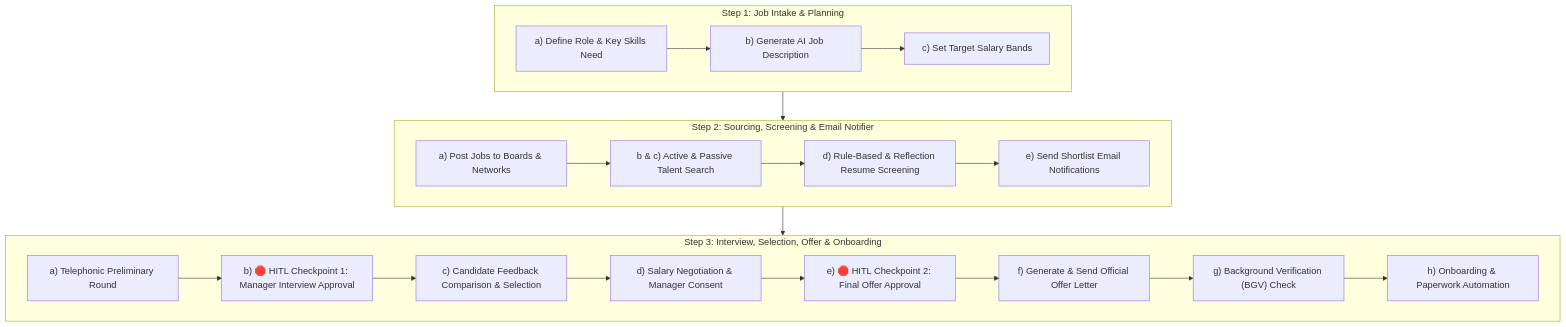
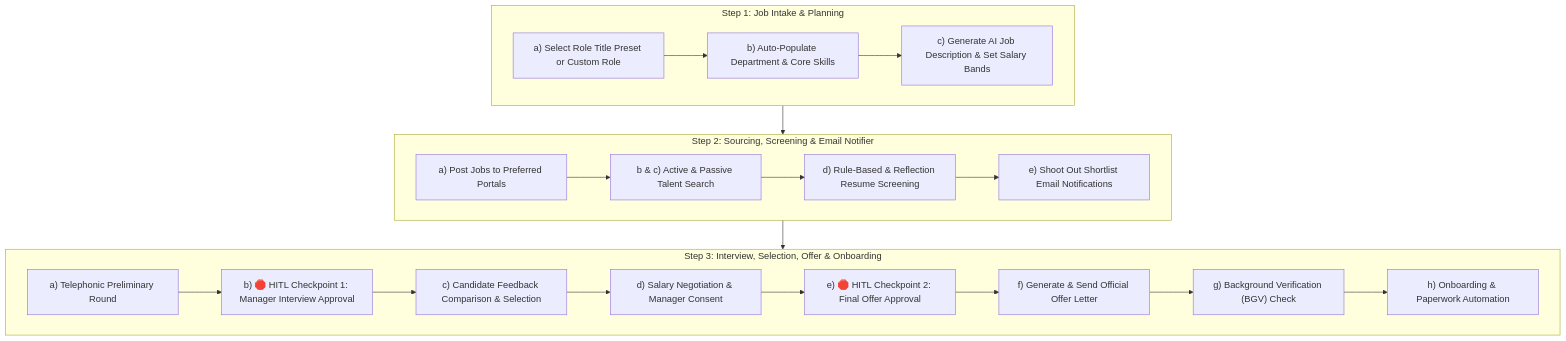
One commit to Sangeethacg42/recruitment-selection-agent changed the diagram in README.md. Above: the diagram before and after it, drawn with Mermaid. The commit also changed other lines of this file, not shown here.

````diff
--- a/README.md
+++ b/README.md
@@ -15,26 +15,26 @@
 ```mermaid
 flowchart TD
     subgraph STEP1 ["Step 1: Job Intake & Planning"]
-        S1A["a) Define Role & Key Skills Need"] --> S1B["b) Generate AI Job Description"]
-        S1B --> S1C["c) Set Target Salary Bands"]
+        S1A["a) Select Role Title Preset or Custom Role"] --> S1B["b) Auto-Populate Department & Core Skills"]
+        S1B --> S1C["c) Generate AI Job Description & Set Salary Bands"]
     end
 
     subgraph STEP2 ["Step 2: Sourcing, Screening & Email Notifier"]
-        S2A["a) Post Jobs to Boards & Networks"] --> S2B["b & c) Active & Passive Talent Search"]
+        S2A["a) Post Jobs to Preferred Portals"] --> S2B["b & c) Active & Passive Talent Search"]
         S2B --> S2D["d) Rule-Based & Reflection Resume Screening"]
-        S2D --> S2E["e) Send Shortlist Email Notifications"]
+        S2D --> S2E["e) Shoot Out Shortlist Email Notifications"]
     end
 
     subgraph STEP3 ["Step 3: Interview, Selection, Offer & Onboarding"]
         S3A["a) Telephonic Preliminary Round"] --> S3B["b) 🛑 HITL Checkpoint 1: Manager Interview Approval"]
         S3B --> S3C["c) Candidate Feedback Comparison & Selection"]
         S3C --> S3D["d) Salary Negotiation & Manager Consent"]
         S3D --> S3E["e) 🛑 HITL Checkpoint 2: Final Offer Approval"]
         S3E --> S3F["f) Generate & Send Official Offer Letter"]
         S3F --> S3G["g) Background Verification (BGV) Check"]
         S3G --> S3H["h) Onboarding & Paperwork Automation"]
     end
 
     STEP1 --> STEP2
     STEP2 --> STEP3
 ```
````
